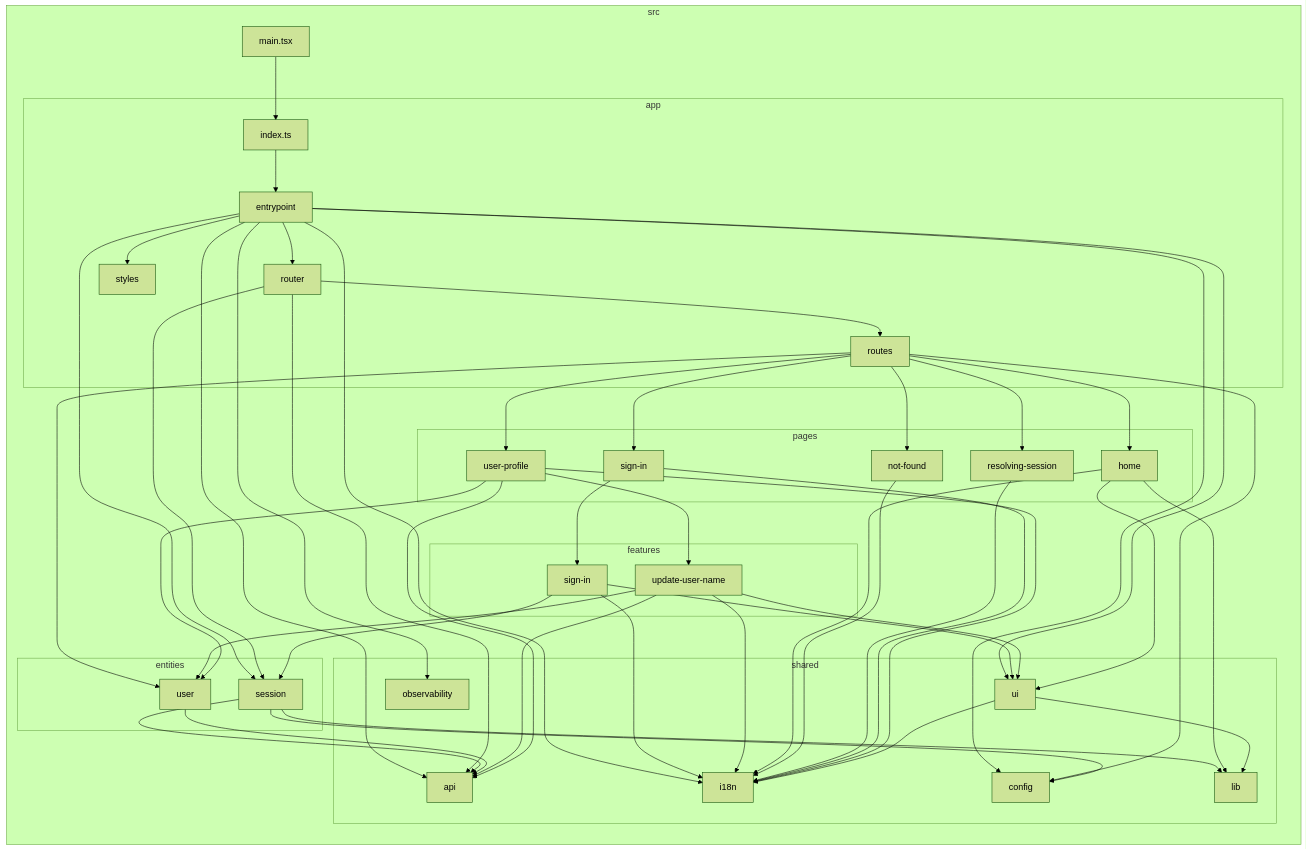
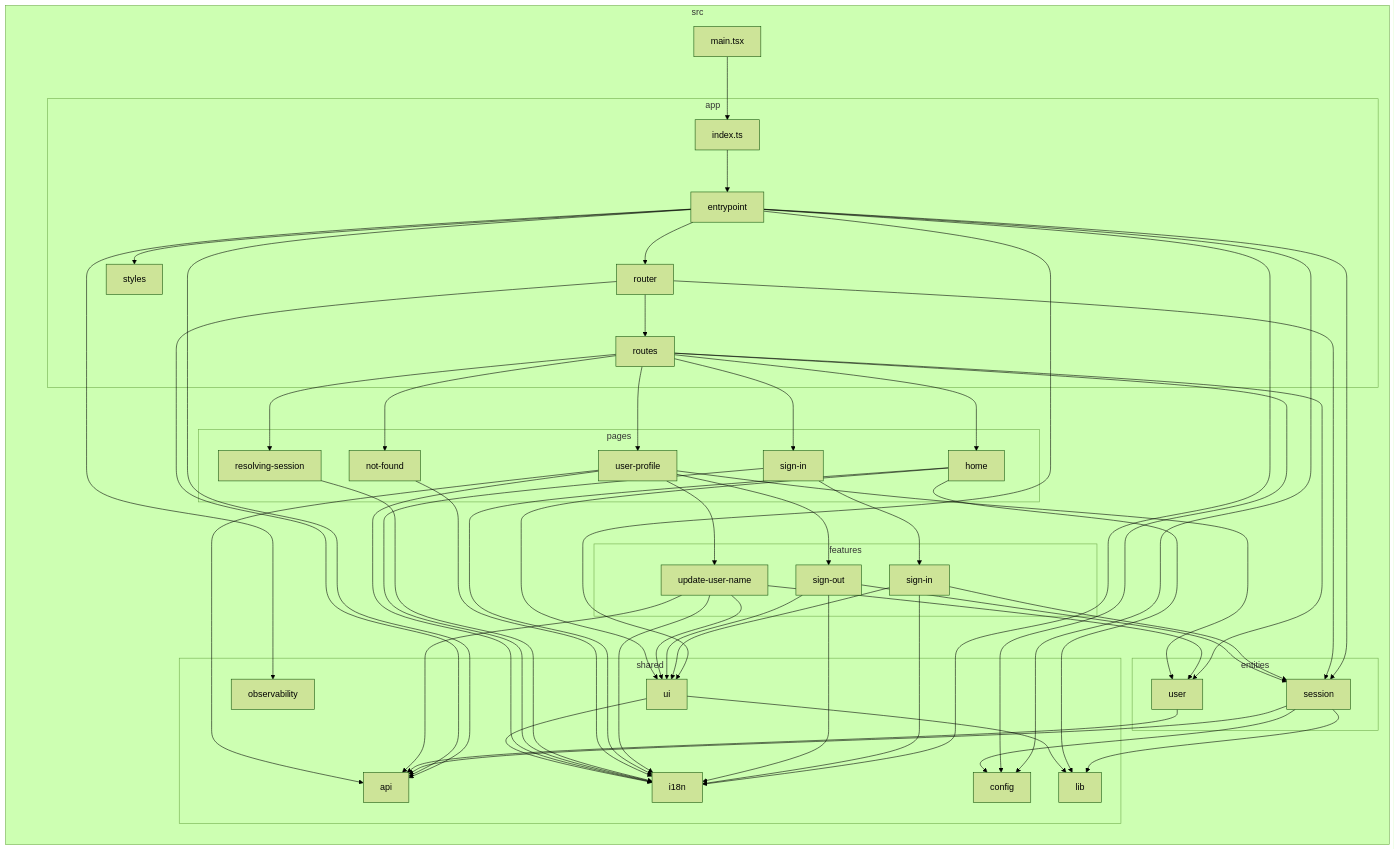
One commit to khusenov/frontend-boilerplate changed the diagram in docs/architecture-graph.md. Above: the diagram before and after it, drawn with Mermaid (forest theme). The commit also changed 47 other files, not shown here.

First line of the commit message:
feat: close the session lifecycle with sign-out (#9)

````diff
--- a/docs/architecture-graph.md
+++ b/docs/architecture-graph.md
@@ -15,67 +15,72 @@
 end
 subgraph A["features"]
 B["sign-in"]
-C["update-user-name"]
+C["sign-out"]
+D["update-user-name"]
 end
-D["main.tsx"]
-subgraph E["pages"]
-F["home"]
-G["not-found"]
-H["resolving-session"]
-I["sign-in"]
-J["user-profile"]
+E["main.tsx"]
+subgraph F["pages"]
+G["home"]
+H["not-found"]
+I["resolving-session"]
+J["sign-in"]
+K["user-profile"]
 end
-subgraph K["shared"]
-L["api"]
-M["config"]
-N["i18n"]
-O["lib"]
-P["observability"]
-Q["ui"]
+subgraph L["shared"]
+M["api"]
+N["config"]
+O["i18n"]
+P["lib"]
+Q["observability"]
+R["ui"]
 end
 end
+2-->R
 2-->Q
-2-->P
 2-->8
-2-->L
-2-->N
+2-->M
+2-->O
 2-->4
 2-->6
-2-->M
+2-->N
 3-->2
 4-->8
-4-->L
+4-->M
 4-->5
+5-->H
+5-->I
+5-->9
+5-->K
 5-->G
-5-->H
-5-->9
+5-->N
 5-->J
-5-->F
-5-->M
-5-->I
-8-->L
 8-->M
-8-->O
-9-->L
-B-->N
+8-->N
+8-->P
+9-->M
+B-->O
 B-->8
-B-->Q
-C-->9
-C-->L
-C-->N
-C-->Q
-D-->3
-F-->N
-F-->O
-F-->Q
-G-->N
-H-->N
-I-->B
-I-->N
-J-->C
-J-->N
-J-->9
-J-->L
-Q-->O
-Q-->N
+B-->R
+C-->8
+C-->O
+C-->R
+D-->9
+D-->M
+D-->O
+D-->R
+E-->3
+G-->O
+G-->P
+G-->R
+H-->O
+I-->O
+J-->B
+J-->O
+K-->C
+K-->D
+K-->O
+K-->9
+K-->M
+R-->P
+R-->O
 ```
````
